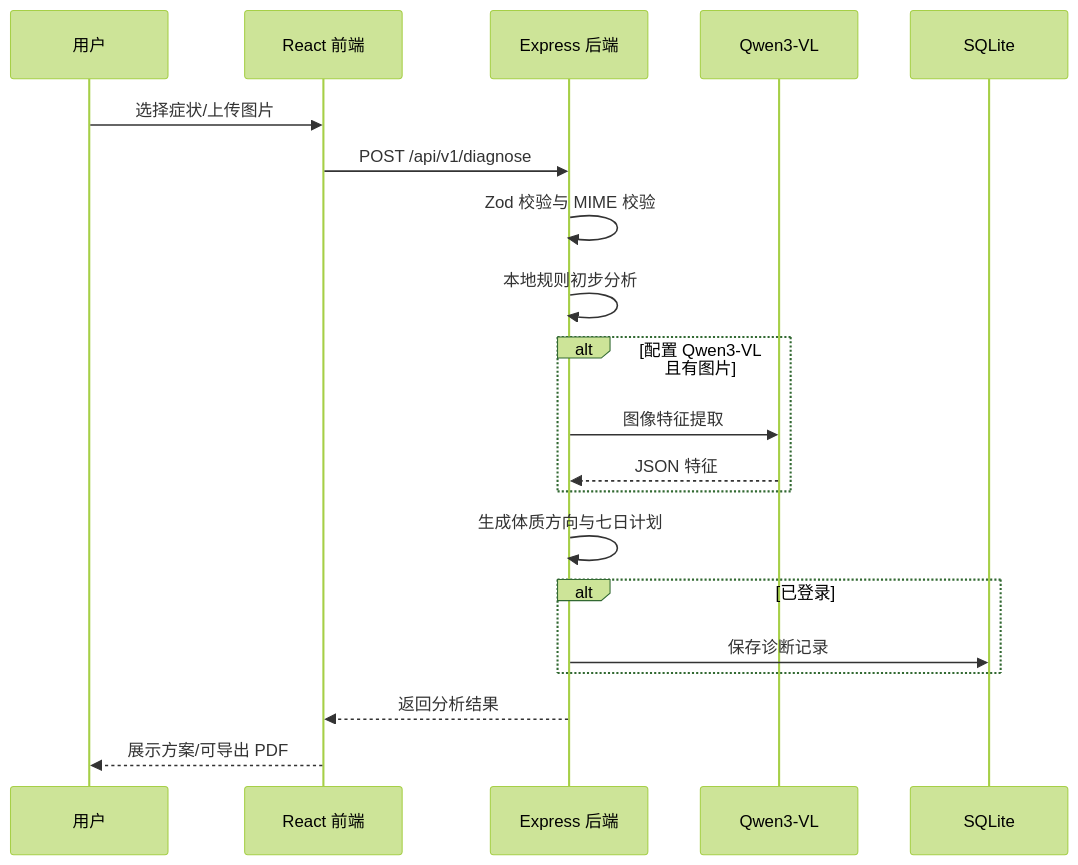
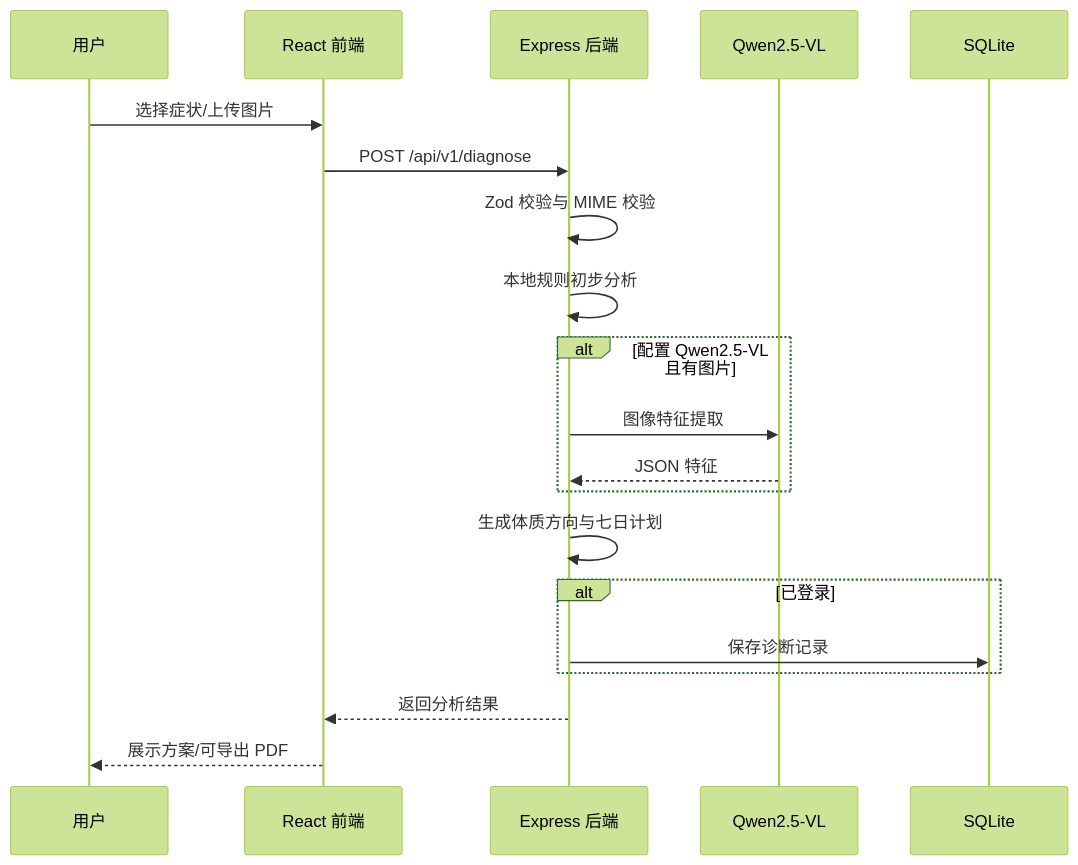
Before and after one commit to yz314-yz/xyzbysj: the second of 2 diagrams in docs/系统设计.md, drawn with Mermaid (forest theme). The commit also changed other lines of this file and 27 other files, not shown here.

````diff
--- a/docs/系统设计.md
+++ b/docs/系统设计.md
@@ -40,23 +40,23 @@
 ```mermaid
 sequenceDiagram
   participant U as 用户
   participant F as React 前端
   participant B as Express 后端
-  participant Q as Qwen3-VL
+  participant Q as Qwen2.5-VL
   participant D as SQLite
 
   U->>F: 选择症状/上传图片
   F->>B: POST /api/v1/diagnose
   B->>B: Zod 校验与 MIME 校验
   B->>B: 本地规则初步分析
-  alt 配置 Qwen3-VL 且有图片
+  alt 配置 Qwen2.5-VL 且有图片
     B->>Q: 图像特征提取
     Q-->>B: JSON 特征
   end
   B->>B: 生成体质方向与七日计划
   alt 已登录
     B->>D: 保存诊断记录
   end
   B-->>F: 返回分析结果
   F-->>U: 展示方案/可导出 PDF
 ```
````
